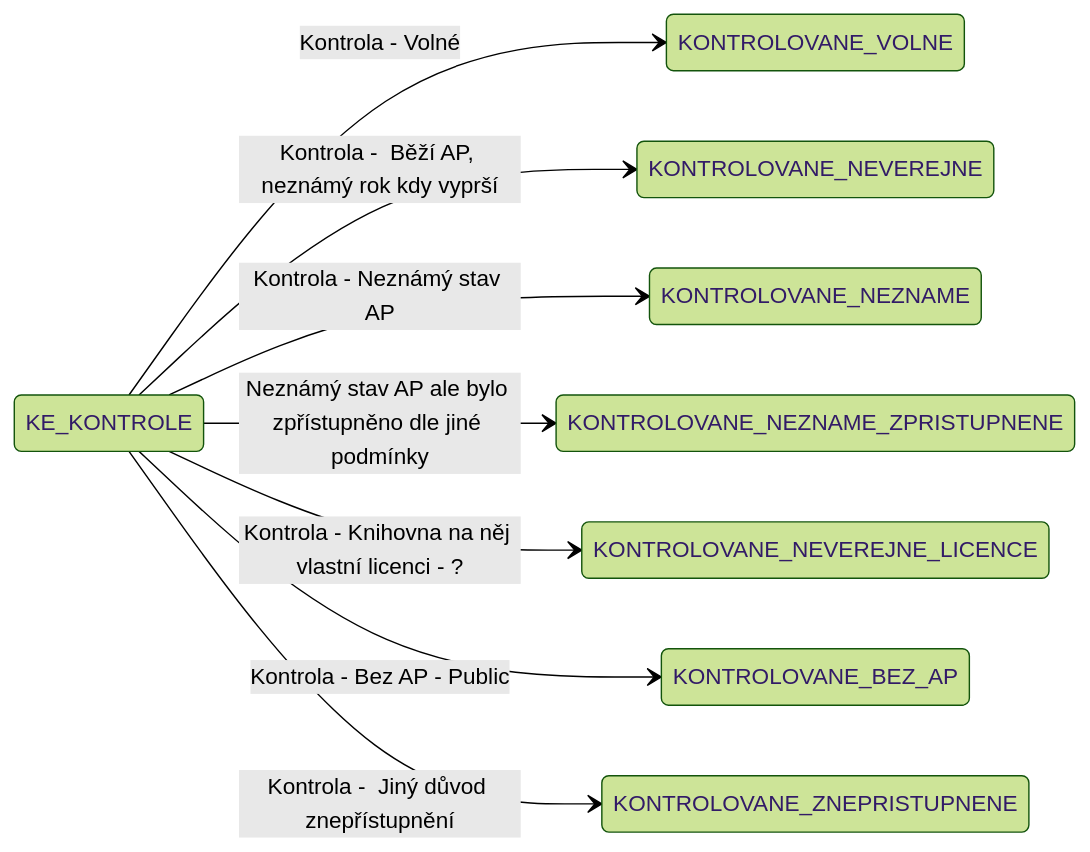
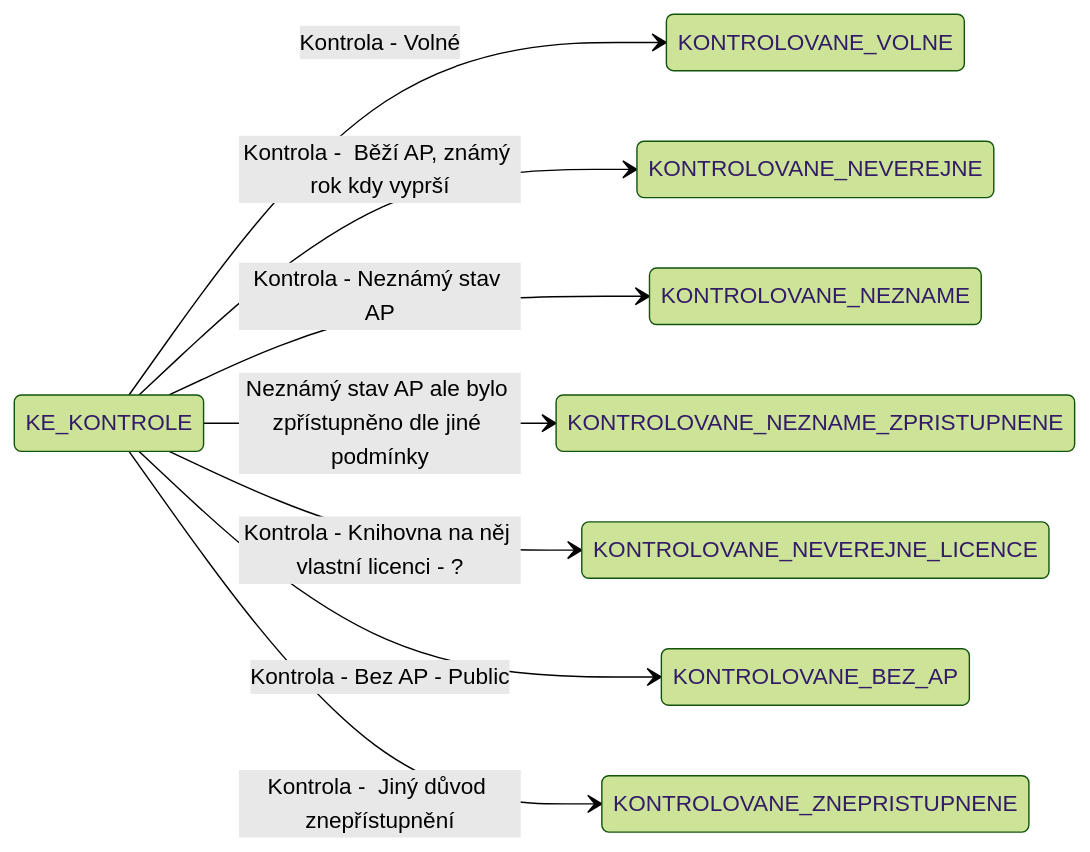
One commit to ceskaexpedice/kapp changed the second of 2 diagrams in README.md. Above: the diagram before and after it, drawn with Mermaid (forest theme).

````diff
--- a/README.md
+++ b/README.md
@@ -36,29 +36,29 @@
 ```mermaid
 stateDiagram-v2
     direction LR
 
     state Imported <<start>>
     state Konec <<end>>
 
     state NEKONTROLOVANÉ_ZPŘÍSTUPNĚNÉ : Automaticky přidělovaná licence public - Nedochází ke kurátorské kontrole (Monografie pred rokem 1900 a rocniky starsi nez 110 let)
     state NEKONTROLOVANÉ : Automaticky přidělovaná licence onsite - Nedochází ke kurátorské kontrole (Mapy, monografie a hudebniny vydané před méně než 70 lety)
     state KE_KONTROLE : Nutná kurátorská kontrola
 
     state KONTROLOVANÉ_VOLNÉ : Public (Volné AP)
     state KONTROLOVANÉ_NEVEŘEJNÉ : Private (Běží AP, s rozhodným rokem)
     state KONTROLOVANÉ_NEZNÁMÉ : Private (Neznámý stav AP)
     state KONTROLOVANÉ_NEZNÁMÉ_ZPŘÍSTUPNĚNÉ : Public (Neznámé AP, ale zpřístupněno)
     state KONTROLOVANÉ_NEVEŘEJNÉ_LICENCE : Public/Private (Neveřejné, ale s licencí)
     state KONTROLOVANÉ_BEZ_AP : Public (Dílo bez AP)
     state KONTROLOVANÉ_ZNEPŘÍSTUPNĚNÉ : Private (Znepřístupněno)
 
 
     %% Přechody po kurátorské kontrole
     KE_KONTROLE --> KONTROLOVANE_VOLNE : Kontrola - Volné
-    KE_KONTROLE --> KONTROLOVANE_NEVEREJNE : Kontrola -  Běží AP, neznámý rok kdy vyprší 
+    KE_KONTROLE --> KONTROLOVANE_NEVEREJNE : Kontrola -  Běží AP, známý rok kdy vyprší 
     KE_KONTROLE --> KONTROLOVANE_NEZNAME : Kontrola - Neznámý stav AP 
     KE_KONTROLE --> KONTROLOVANE_NEZNAME_ZPRISTUPNENE : Neznámý stav AP ale bylo zpřístupněno dle jiné podmínky 
     KE_KONTROLE --> KONTROLOVANE_NEVEREJNE_LICENCE : Kontrola - Knihovna na něj vlastní licenci - ? 
     KE_KONTROLE --> KONTROLOVANE_BEZ_AP : Kontrola - Bez AP - Public
     KE_KONTROLE --> KONTROLOVANE_ZNEPRISTUPNENE : Kontrola -  Jiný důvod znepřístupnění  
 ```
````
